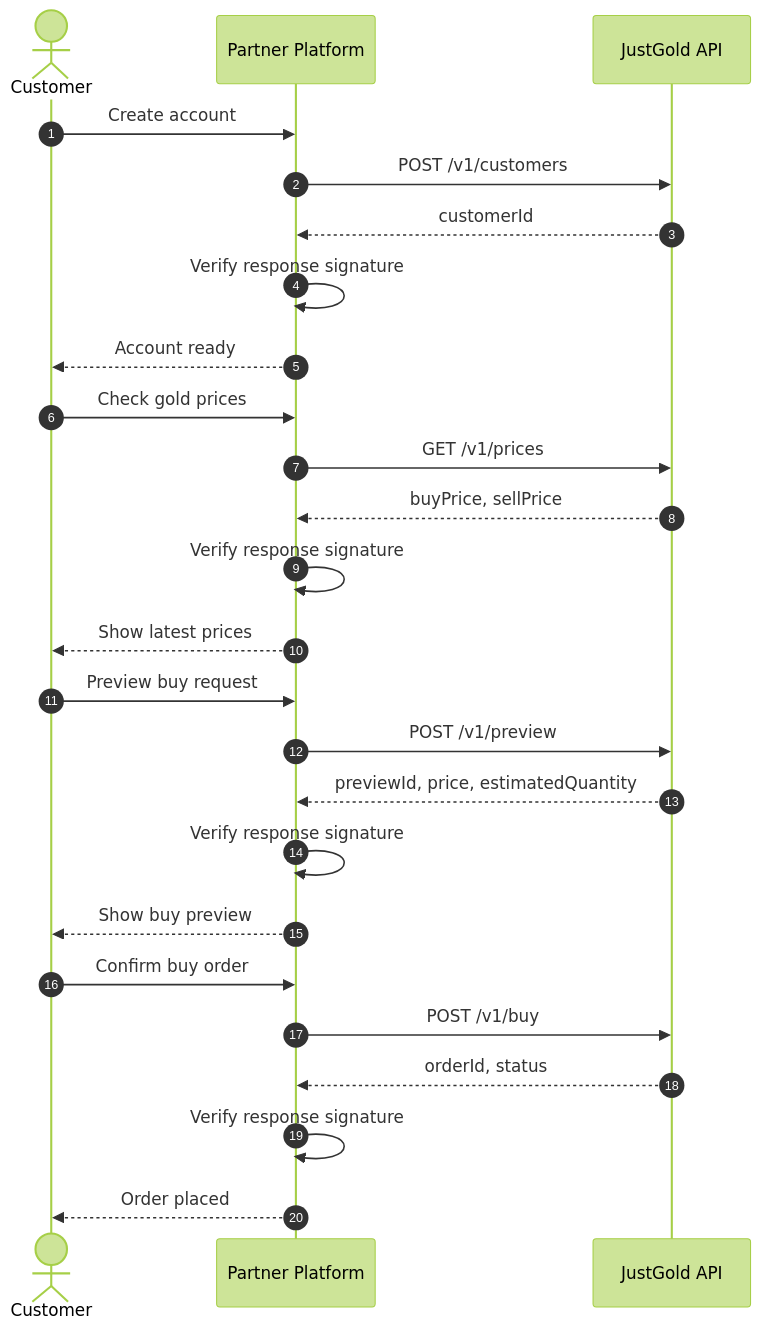
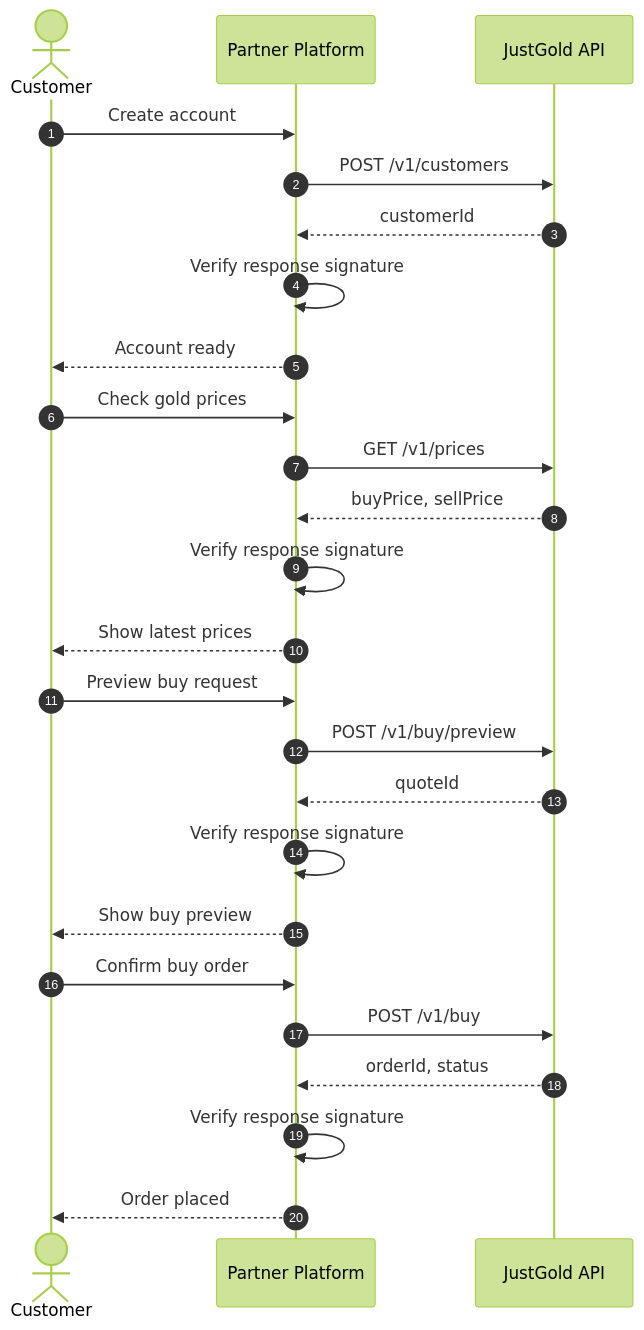
One commit to Just-Gold-JG/docs changed the first of 2 diagrams in integration-flow.md. Above: the diagram before and after it, drawn with Mermaid (forest theme). The commit also changed other lines of this file and 4 other files, not shown here.

````diff
--- a/integration-flow.md
+++ b/integration-flow.md
@@ -7,31 +7,31 @@
 ```mermaid
 sequenceDiagram
     autonumber
     actor Customer
     participant Partner as Partner Platform
     participant JustGold as JustGold API
 
     Customer->>Partner: Create account
     Partner->>JustGold: POST /v1/customers
     JustGold-->>Partner: customerId
     Partner->>Partner: Verify response signature
     Partner-->>Customer: Account ready
 
     Customer->>Partner: Check gold prices
     Partner->>JustGold: GET /v1/prices
     JustGold-->>Partner: buyPrice, sellPrice
     Partner->>Partner: Verify response signature
     Partner-->>Customer: Show latest prices
 
     Customer->>Partner: Preview buy request
-    Partner->>JustGold: POST /v1/preview
-    JustGold-->>Partner: previewId, price, estimatedQuantity
+    Partner->>JustGold: POST /v1/buy/preview
+    JustGold-->>Partner: quoteId
     Partner->>Partner: Verify response signature
     Partner-->>Customer: Show buy preview
 
     Customer->>Partner: Confirm buy order
     Partner->>JustGold: POST /v1/buy
     JustGold-->>Partner: orderId, status
     Partner->>Partner: Verify response signature
     Partner-->>Customer: Order placed
 ```
````
